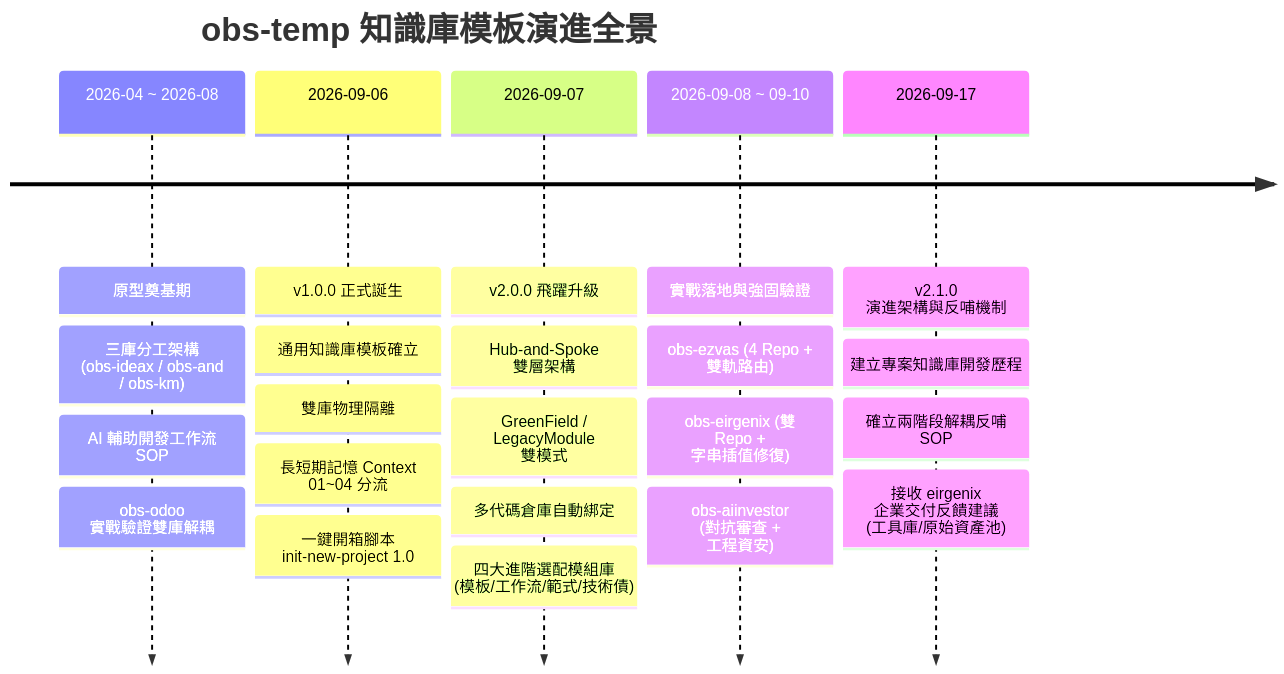
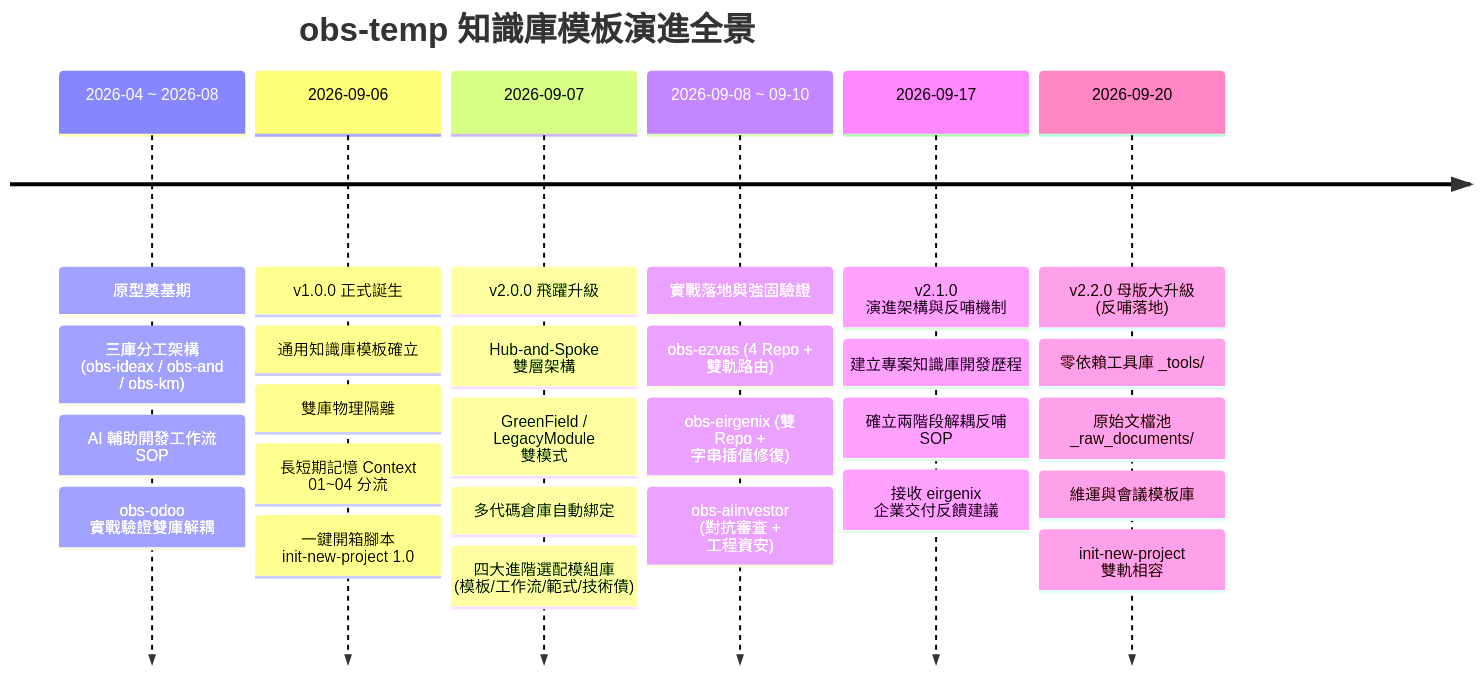
The first of 2 diagrams in 專案知識庫開發歷程.md (cchhss123/obs-temp), drawn with Mermaid before and after one commit. The commit also changed other lines of this file and 15 other files, not shown here.

````diff
--- a/專案知識庫開發歷程.md
+++ b/專案知識庫開發歷程.md
@@ -35,9 +35,10 @@
 ```mermaid
 timeline
     title obs-temp 知識庫模板演進全景
     2026-04 ~ 2026-08 : 原型奠基期 : 三庫分工架構 (obs-ideax / obs-and / obs-km) : AI 輔助開發工作流 SOP : obs-odoo 實戰驗證雙庫解耦
     2026-09-06 : v1.0.0 正式誕生 : 通用知識庫模板確立 : 雙庫物理隔離 : 長短期記憶 Context 01~04 分流 : 一鍵開箱腳本 init-new-project 1.0
     2026-09-07 : v2.0.0 飛躍升級 : Hub-and-Spoke 雙層架構 : GreenField / LegacyModule 雙模式 : 多代碼倉庫自動綁定 : 四大進階選配模組庫 (模板/工作流/範式/技術債)
     2026-09-08 ~ 09-10 : 實戰落地與強固驗證 : obs-ezvas (4 Repo + 雙軌路由) : obs-eirgenix (雙 Repo + 字串插值修復) : obs-aiinvestor (對抗審查 + 工程資安)
-    2026-09-17 : v2.1.0 演進架構與反哺機制 : 建立專案知識庫開發歷程 : 確立兩階段解耦反哺 SOP : 接收 eirgenix 企業交付反饋建議 (工具庫/原始資產池)
+    2026-09-17 : v2.1.0 演進架構與反哺機制 : 建立專案知識庫開發歷程 : 確立兩階段解耦反哺 SOP : 接收 eirgenix 企業交付反饋建議
+    2026-09-20 : v2.2.0 母版大升級 (反哺落地) : 零依賴工具庫 _tools/ : 原始文檔池 _raw_documents/ : 維運與會議模板庫 : init-new-project 雙軌相容
 ```
````
